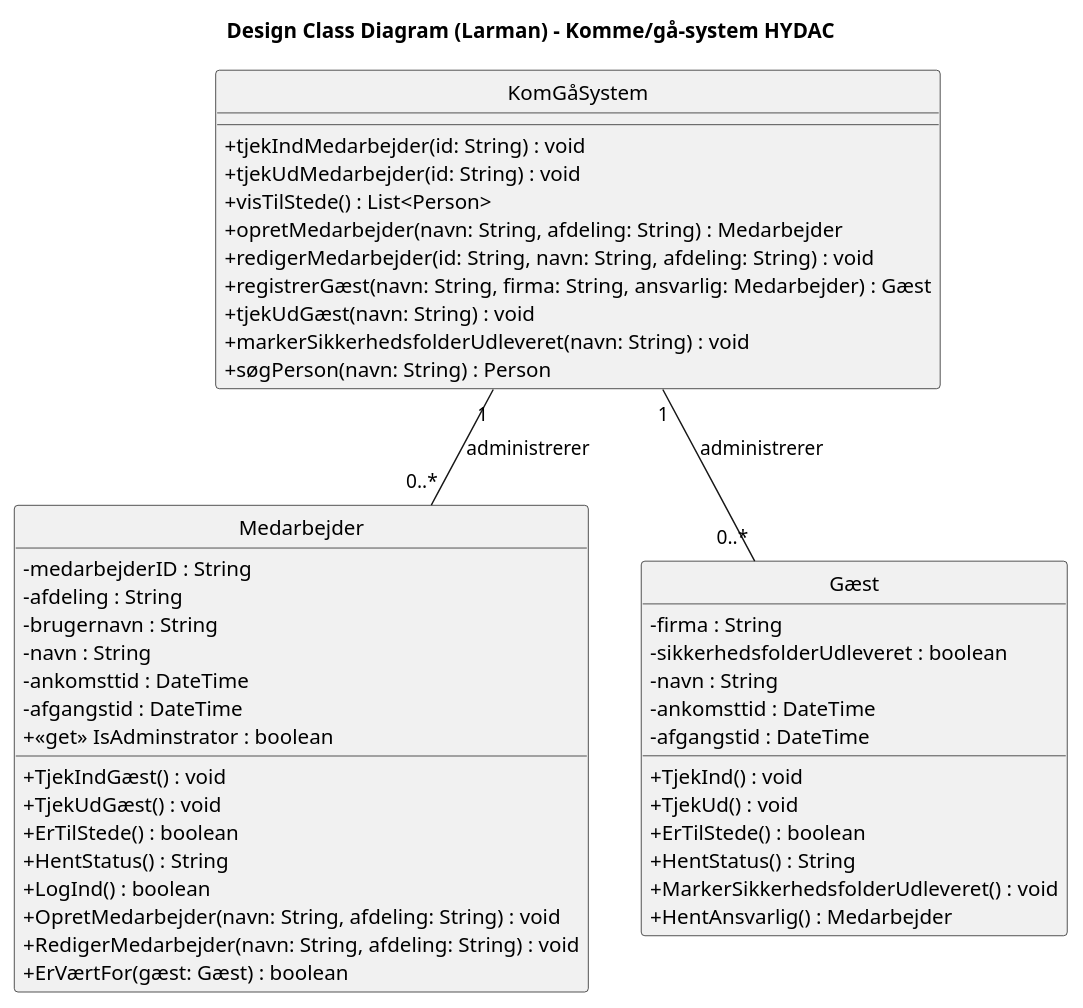
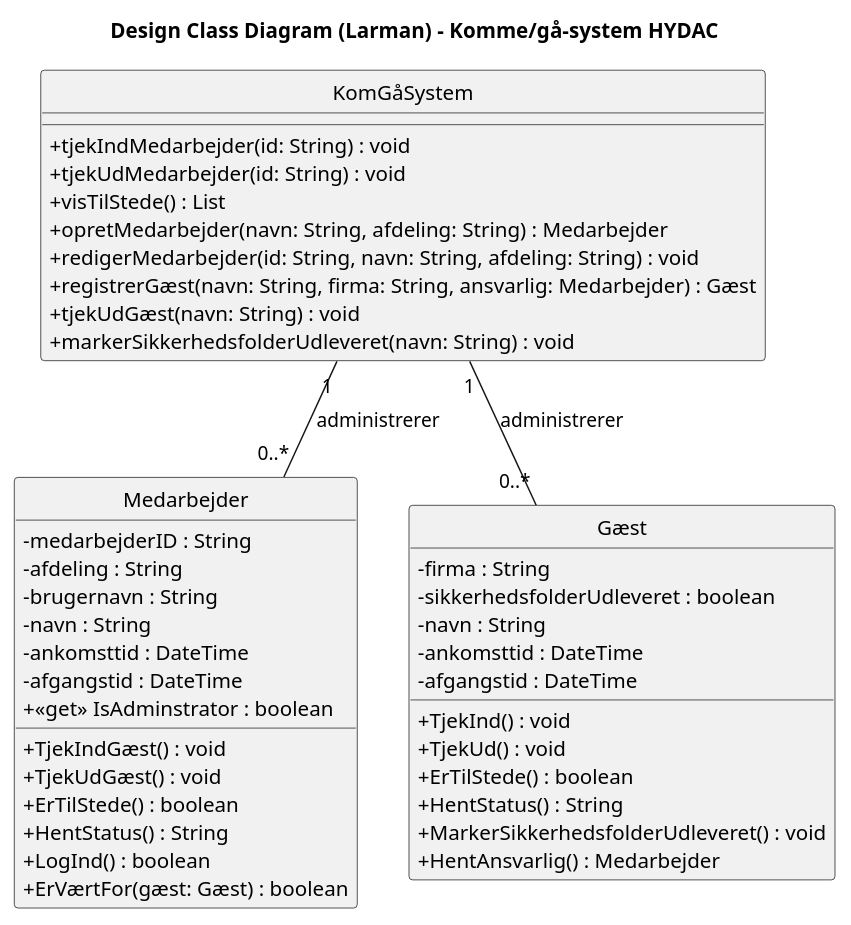
Before and after one commit to albla20/HydacTeamA4: the diagram in Artifacts/Designklassediagram.puml, drawn with PlantUML. The commit also changed 1 other file, not shown here.

Commit message:
Rette begge vores DCD til de er final

```diff
--- a/Artifacts/Designklassediagram.puml
+++ b/Artifacts/Designklassediagram.puml
@@ -1,56 +1,53 @@
 @startuml Designklassediagram
 title Design Class Diagram (Larman) - Komme/gå-system HYDAC
 
 hide circle
 skinparam classAttributeIconSize 0
 hide emptymembers
 
 class KomGåSystem {
   + tjekIndMedarbejder(id: String) : void
   + tjekUdMedarbejder(id: String) : void
-  + visTilStede() : List<Person>
+  + visTilStede() : List
   + opretMedarbejder(navn: String, afdeling: String) : Medarbejder
   + redigerMedarbejder(id: String, navn: String, afdeling: String) : void
   + registrerGæst(navn: String, firma: String, ansvarlig: Medarbejder) : Gæst
   + tjekUdGæst(navn: String) : void
   + markerSikkerhedsfolderUdleveret(navn: String) : void
-  + søgPerson(navn: String) : Person
 }
 
 class Medarbejder {
   - medarbejderID : String
   - afdeling : String
   - brugernavn : String
   - navn : String
   - ankomsttid : DateTime
   - afgangstid : DateTime
   + <<get>> IsAdminstrator : boolean
   + TjekIndGæst() : void
   + TjekUdGæst() : void
   + ErTilStede() : boolean
   + HentStatus() : String
   + LogInd() : boolean
-  + OpretMedarbejder(navn: String, afdeling: String) : void
-  + RedigerMedarbejder(navn: String, afdeling: String) : void
   + ErVærtFor(gæst: Gæst) : boolean
 }
 
 class Gæst {
   - firma : String
   - sikkerhedsfolderUdleveret : boolean
   - navn : String
   - ankomsttid : DateTime
   - afgangstid : DateTime
   + TjekInd() : void
   + TjekUd() : void
   + ErTilStede() : boolean
   + HentStatus() : String
   + MarkerSikkerhedsfolderUdleveret() : void
   + HentAnsvarlig() : Medarbejder
 }
 
 
 KomGåSystem "1" -- "0..*" Medarbejder : administrerer 
 KomGåSystem "1" -- "0..*" Gæst : administrerer 
 
 @enduml
```
